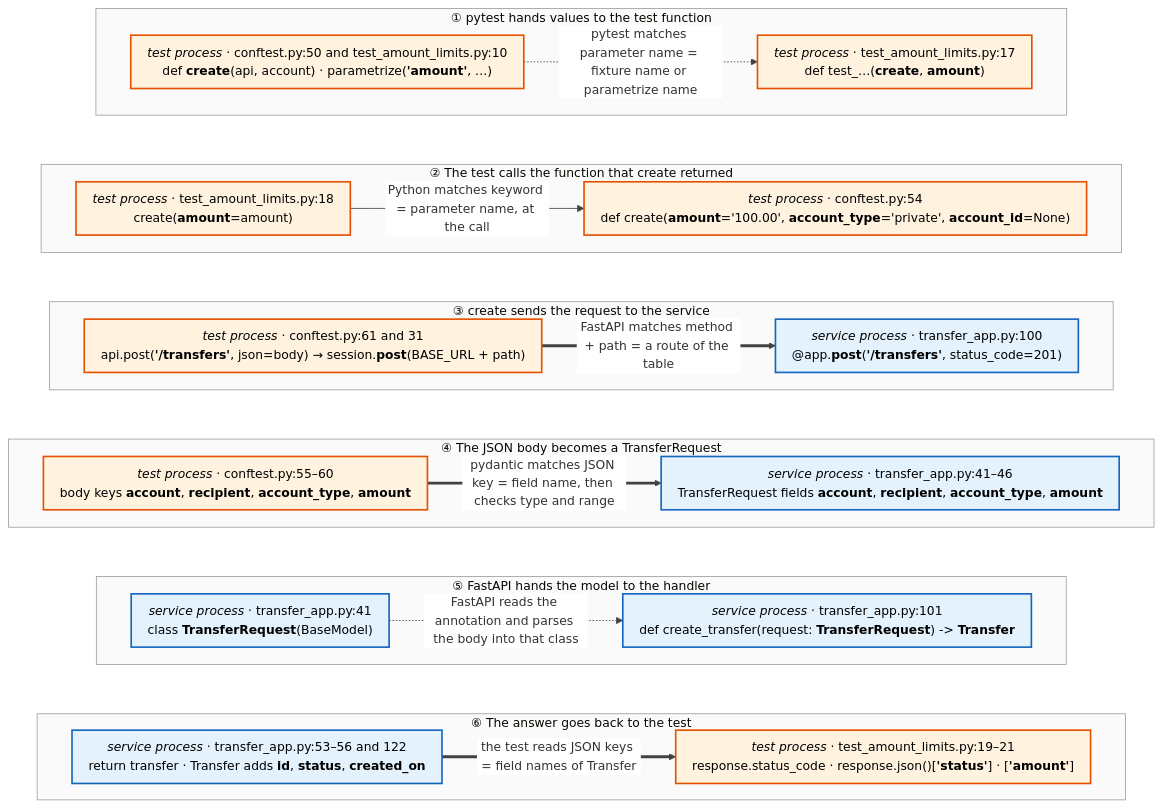
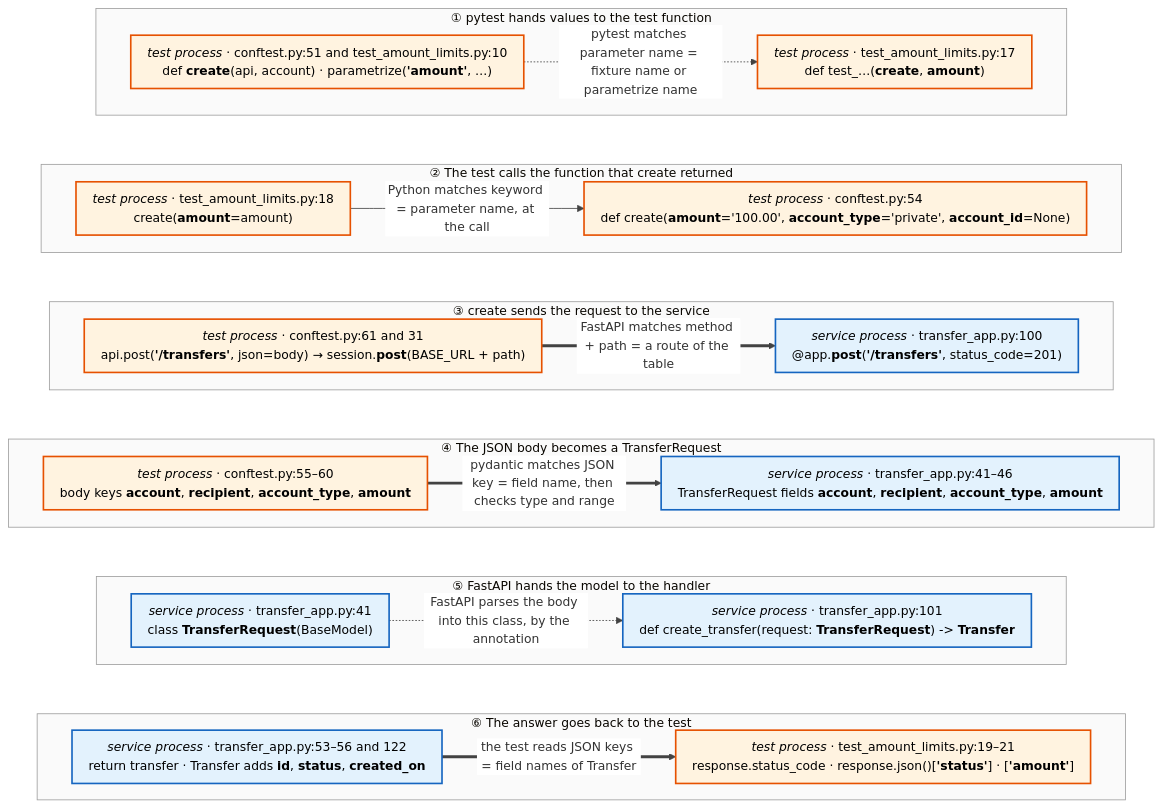
One commit to tiavelum/test-automation-demo changed the fifth of 5 diagrams in docs/how-the-tests-work.md. Above: the diagram before and after it, drawn with Mermaid. The commit also changed other lines of this file, not shown here.

First line of the commit message:
docs: correct the diagram document after its review

````diff
--- a/docs/how-the-tests-work.md
+++ b/docs/how-the-tests-work.md
@@ -304,72 +312,72 @@
 ```mermaid
 %%{init: {"theme": "base", "markdownAutoWrap": false, "flowchart": {"wrappingWidth": 500, "nodeSpacing": 20, "rankSpacing": 60, "padding": 10}, "themeVariables": {"fontSize": "15px", "lineColor": "#424242", "edgeLabelBackground": "#FFFFFF", "fontFamily": "Arial"}}}%%
 flowchart TB
   classDef tp fill:#FFF3E0,stroke:#E65100,stroke-width:2px,color:#000
   classDef sp fill:#E3F2FD,stroke:#1565C0,stroke-width:2px,color:#000
 
   subgraph I1["① pytest hands values to the test function"]
     direction LR
     A1["`*test process* · test_amount_limits.py:17
     def test_…(**create**, **amount**)`"]
-    B1["`*test process* · conftest.py:50 and test_amount_limits.py:10
+    B1["`*test process* · conftest.py:51 and test_amount_limits.py:10
     def **create**(api, account) · parametrize(**'amount'**, …)`"]
     B1 -. "pytest matches parameter name = fixture name or parametrize name" .-> A1
   end
 
   subgraph I2["② The test calls the function that create returned"]
     direction LR
     A2["`*test process* · test_amount_limits.py:18
     create(**amount**=amount)`"]
     B2["`*test process* · conftest.py:54
     def create(**amount**='100.00', **account_type**='private', **account_id**=None)`"]
     A2 -- "Python matches keyword = parameter name, at the call" --> B2
   end
 
   subgraph I3["③ create sends the request to the service"]
     direction LR
     A3["`*test process* · conftest.py:61 and 31
     api.post(**'/transfers'**, json=body) → session.**post**(BASE_URL + path)`"]
     B3["`*service process* · transfer_app.py:100
     @app.**post**(**'/transfers'**, status_code=201)`"]
     A3 == "FastAPI matches method + path = a route of the table" ==> B3
   end
 
   subgraph I4["④ The JSON body becomes a TransferRequest"]
     direction LR
     A4["`*test process* · conftest.py:55–60
     body keys **account**, **recipient**, **account_type**, **amount**`"]
     B4["`*service process* · transfer_app.py:41–46
     TransferRequest fields **account**, **recipient**, **account_type**, **amount**`"]
     A4 == "pydantic matches JSON key = field name, then checks type and range" ==> B4
   end
 
   subgraph I5["⑤ FastAPI hands the model to the handler"]
     direction LR
     A5["`*service process* · transfer_app.py:41
     class **TransferRequest**(BaseModel)`"]
     B5["`*service process* · transfer_app.py:101
     def create_transfer(request: **TransferRequest**) -> **Transfer**`"]
-    A5 -. "FastAPI reads the annotation and parses the body into that class" .-> B5
+    A5 -. "FastAPI parses the body into this class, by the annotation" .-> B5
   end
 
   subgraph I6["⑥ The answer goes back to the test"]
     direction LR
     A6["`*service process* · transfer_app.py:53–56 and 122
     return transfer · Transfer adds **id**, **status**, **created_on**`"]
     B6["`*test process* · test_amount_limits.py:19–21
     response.status_code · response.json()[**'status'**] · [**'amount'**]`"]
     A6 == "the test reads JSON keys = field names of Transfer" ==> B6
   end
 
   I1 ~~~ I2 ~~~ I3 ~~~ I4 ~~~ I5 ~~~ I6
 
   class A1,B1,A2,B2,B6 tp
   class B3,B4,A5,B5,A6 sp
   class A3,A4 tp
   style I1 fill:#FAFAFA,stroke:#9E9E9E
   style I2 fill:#FAFAFA,stroke:#9E9E9E
   style I3 fill:#FAFAFA,stroke:#9E9E9E
   style I4 fill:#FAFAFA,stroke:#9E9E9E
   style I5 fill:#FAFAFA,stroke:#9E9E9E
   style I6 fill:#FAFAFA,stroke:#9E9E9E
 ```
````
